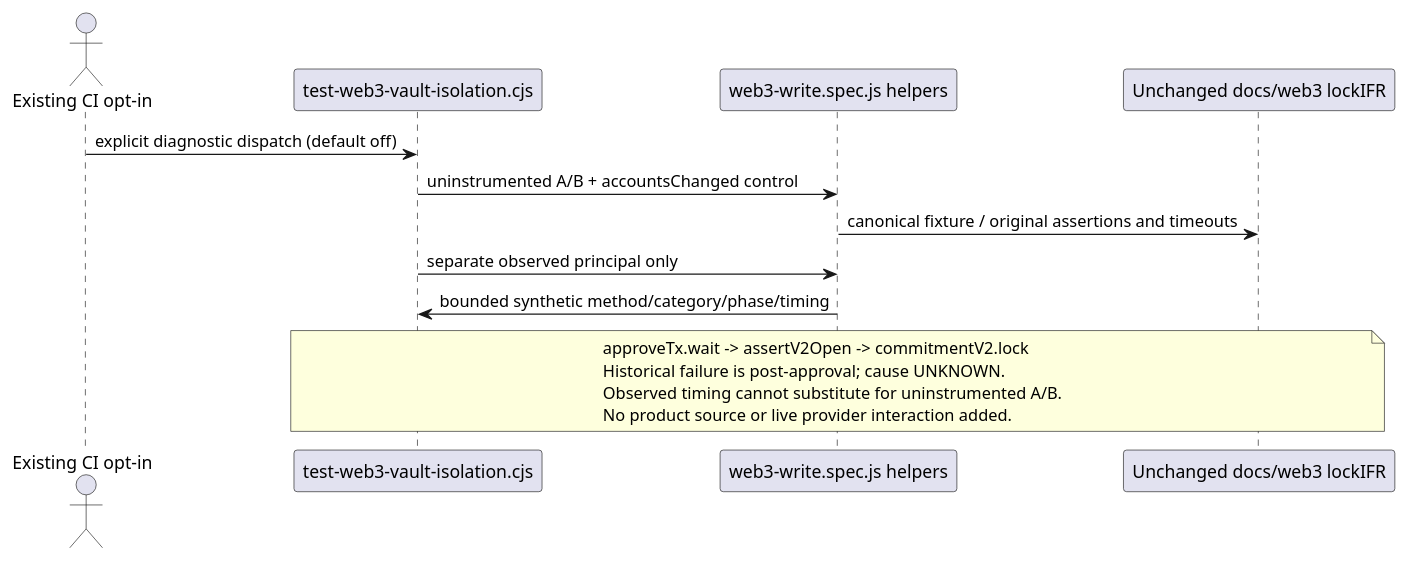
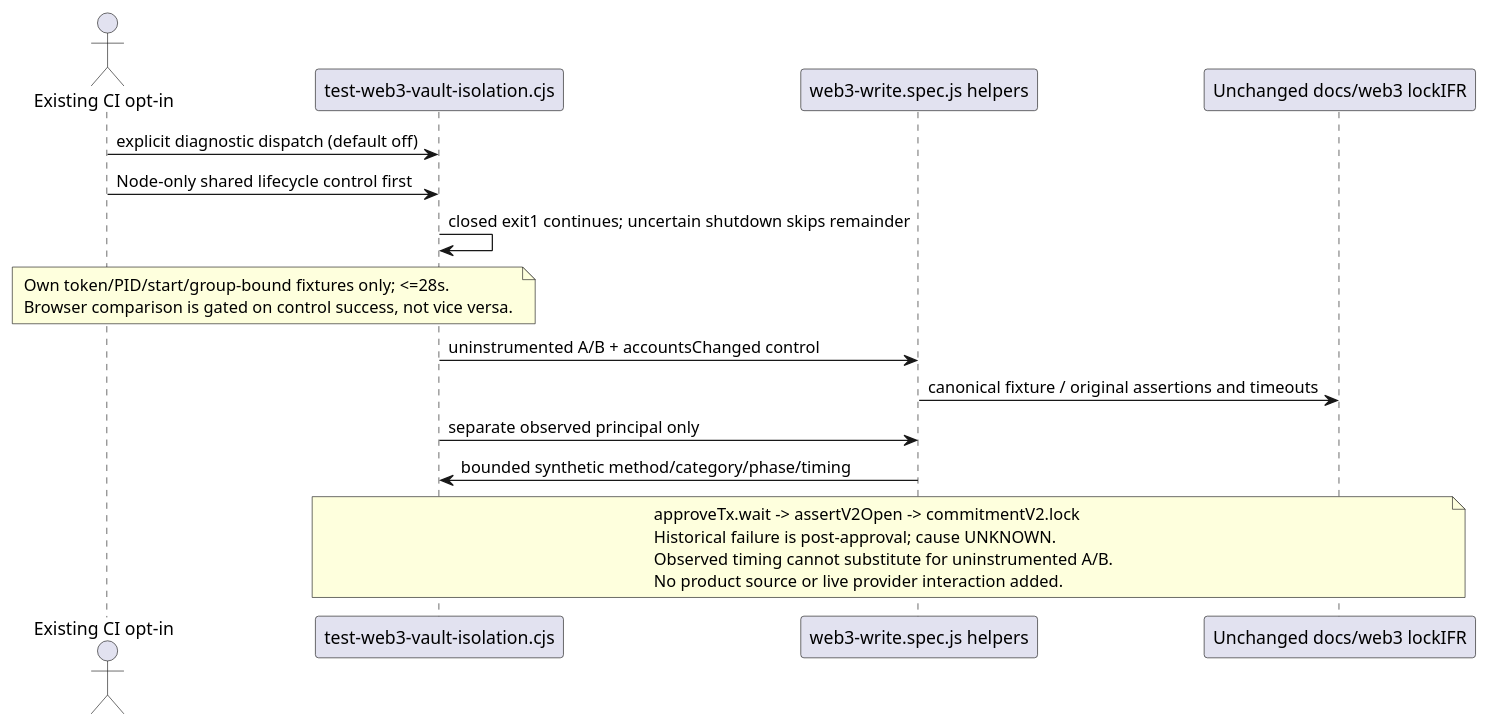
The first of 15 diagrams in docs/architecture/main-path.puml (NeaBouli/inferno), drawn with PlantUML before and after one commit. The commit also changed 4 other files, not shown here.

Commit message:
test(web3): add CI-only vault lifecycle controls

```diff
--- a/docs/architecture/main-path.puml
+++ b/docs/architecture/main-path.puml
@@ -1,17 +1,23 @@
 @startuml web3_vault_isolation_382
 actor "Existing CI opt-in" as CI382
 participant "test-web3-vault-isolation.cjs" as Q382
 participant "web3-write.spec.js helpers" as H382
 participant "Unchanged docs/web3 lockIFR" as D382
 CI382 -> Q382 : explicit diagnostic dispatch (default off)
+CI382 -> Q382 : Node-only shared lifecycle control first
+Q382 -> Q382 : closed exit1 continues; uncertain shutdown skips remainder
+note over CI382,Q382
+Own token/PID/start/group-bound fixtures only; <=28s.
+Browser comparison is gated on control success, not vice versa.
+end note
 Q382 -> H382 : uninstrumented A/B + accountsChanged control
 H382 -> D382 : canonical fixture / original assertions and timeouts
 Q382 -> H382 : separate observed principal only
 H382 -> Q382 : bounded synthetic method/category/phase/timing
 note over Q382,D382
 approveTx.wait -> assertV2Open -> commitmentV2.lock
 Historical failure is post-approval; cause UNKNOWN.
 Observed timing cannot substitute for uninstrumented A/B.
 No product source or live provider interaction added.
 end note
 @enduml
```
